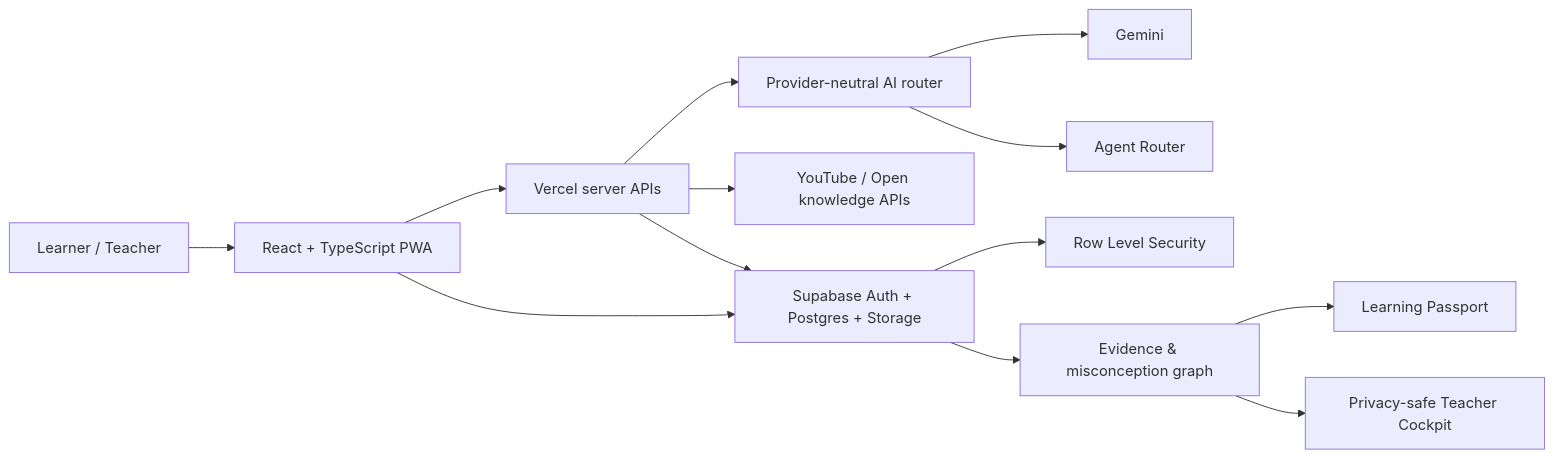
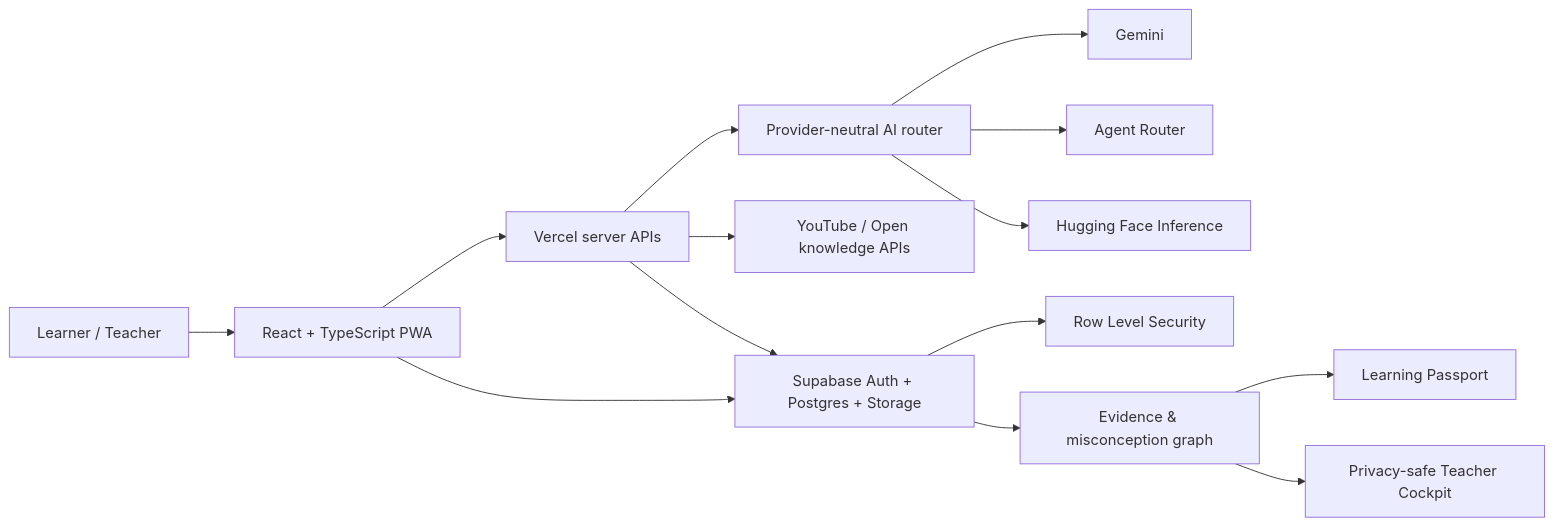
One commit to marwanyasser2005/fahim-ai changed the diagram in README.md. Above: the diagram before and after it, drawn with Mermaid. The commit also changed other lines of this file and 141 other files, not shown here.

````diff
--- a/README.md
+++ b/README.md
@@ -70,15 +72,16 @@
 ```mermaid
 flowchart LR
   L[Learner / Teacher] --> UI[React + TypeScript PWA]
   UI --> API[Vercel server APIs]
   API --> AR[Provider-neutral AI router]
   AR --> G[Gemini]
   AR --> R[Agent Router]
+  AR --> HF[Hugging Face Inference]
   API --> Y[YouTube / Open knowledge APIs]
   UI --> S[Supabase Auth + Postgres + Storage]
   API --> S
   S --> RLS[Row Level Security]
   S --> EG[Evidence & misconception graph]
   EG --> P[Learning Passport]
   EG --> T[Privacy-safe Teacher Cockpit]
 ```
````
